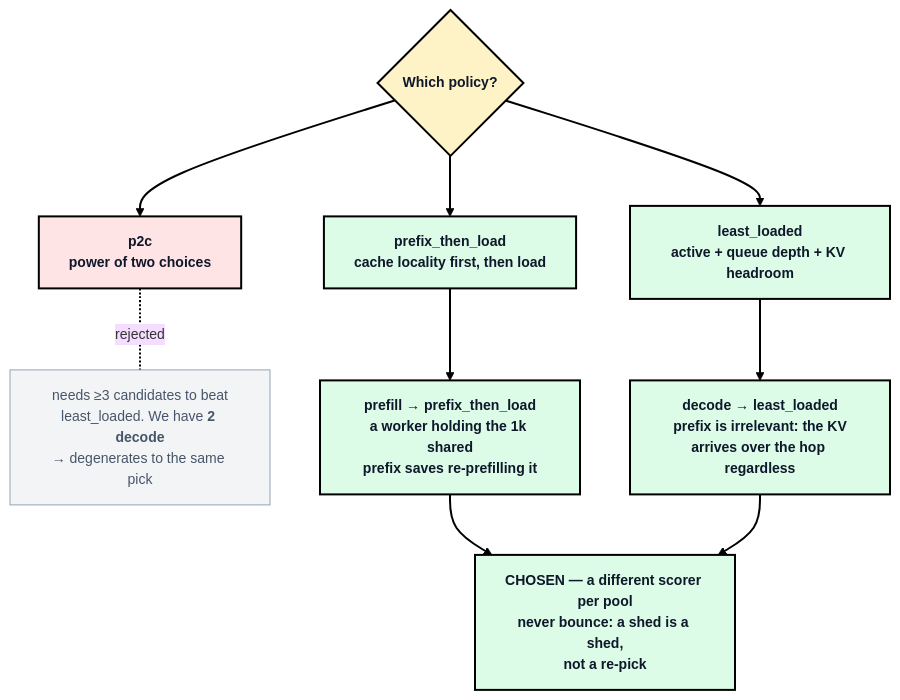
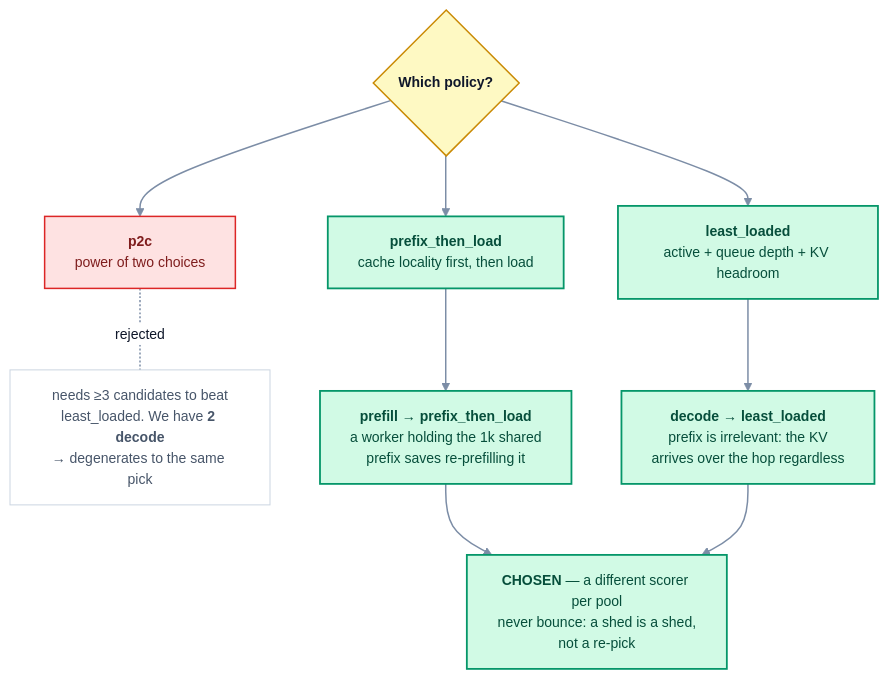
The sixth of 7 diagrams in SUBMISSION.md (harshuljain13/Dodona), drawn with Mermaid before and after one commit. The commit also changed other lines of this file and 15 other files, not shown here.

````diff
--- a/SUBMISSION.md
+++ b/SUBMISSION.md
@@ -605,31 +685,50 @@
 ```mermaid
-%%{init: {'theme':'base','themeVariables':{'fontFamily':'Inter, Segoe UI, Helvetica Neue, Arial, sans-serif','fontSize':'14px','lineColor':'#000000','clusterBkg':'#ffffff','clusterBorder':'#94a3b8'}}}%%
+%%{init: {'theme':'base','themeVariables':{
+  'fontFamily':'ui-sans-serif, -apple-system, Segoe UI, Inter, Helvetica, Arial, sans-serif','fontSize':'14px',
+  'primaryColor':'#eff6ff','primaryTextColor':'#0f172a','primaryBorderColor':'#94a3b8',
+  'secondaryColor':'#f1f5f9','tertiaryColor':'#f8fafc',
+  'lineColor':'#7c8da6','textColor':'#1e293b',
+  'clusterBkg':'#f8fafc','clusterBorder':'#cbd5e1',
+  'edgeLabelBackground':'#ffffff','nodeBorder':'#94a3b8'
+}}}%%
 flowchart TD
     S{"<b>Which policy?</b>"}
     LL["<b>least_loaded</b><br/>active + queue depth + KV headroom"]
     P2C["<b>p2c</b><br/>power of two choices"]
     PTL["<b>prefix_then_load</b><br/>cache locality first, then load"]
 
     P2CX["needs ≥3 candidates to beat<br/>least_loaded. We have <b>2 decode</b><br/>→ degenerates to the same pick"]
 
     PFP["<b>prefill → prefix_then_load</b><br/>a worker holding the 1k shared<br/>prefix saves re-prefilling it"]
     DCP["<b>decode → least_loaded</b><br/>prefix is irrelevant: the KV<br/>arrives over the hop regardless"]
 
     FIN["<b>CHOSEN</b> — a different scorer per pool<br/>never bounce: a shed is a shed,<br/>not a re-pick"]
 
     S --> LL & P2C & PTL
     P2C -.-|"rejected"| P2CX
     PTL ==> PFP
     LL ==> DCP
     PFP & DCP ==> FIN
 
     class LL,PTL,PFP,DCP,FIN pick
     class S gate
     class P2C dead
     class P2CX note
-    classDef pick fill:#dcfce7,stroke:#000000,stroke-width:2px,color:#0f172a,font-weight:bold
-    classDef gate fill:#fef3c7,stroke:#000000,stroke-width:2px,color:#0f172a,font-weight:bold
-    classDef dead fill:#ffe4e6,stroke:#000000,stroke-width:2px,color:#0f172a,font-weight:bold
-    classDef note fill:#f3f4f6,stroke:#94a3b8,stroke-width:1px,color:#475569
-    linkStyle default stroke:#000000,stroke-width:2px
+
+    classDef primary   fill:#dbeafe,stroke:#2563eb,stroke-width:1.5px,color:#0f172a
+    classDef secondary fill:#d1fae5,stroke:#059669,stroke-width:1.5px,color:#0f172a
+    classDef accent    fill:#ede9fe,stroke:#7c3aed,stroke-width:1.5px,color:#0f172a
+    classDef decision  fill:#fef9c3,stroke:#ca8a04,stroke-width:1.5px,color:#0f172a
+    classDef gate      fill:#fef9c3,stroke:#ca8a04,stroke-width:1.5px,color:#0f172a
+    classDef data      fill:#ffedd5,stroke:#ea580c,stroke-width:1.5px,color:#0f172a
+    classDef neutral   fill:#f1f5f9,stroke:#64748b,stroke-width:1.5px,color:#0f172a
+    classDef success   fill:#ccfbf1,stroke:#0d9488,stroke-width:1.5px,color:#0f172a
+    classDef out       fill:#ccfbf1,stroke:#0d9488,stroke-width:1.5px,color:#0f172a
+    classDef input     fill:#fce7f3,stroke:#db2777,stroke-width:1.5px,color:#0f172a
+    classDef highlight fill:#e0e7ff,stroke:#4f46e5,stroke-width:1.5px,color:#0f172a
+    classDef pick      fill:#d1fae5,stroke:#059669,stroke-width:1.8px,color:#064e3b
+    classDef alt       fill:#dbeafe,stroke:#2563eb,stroke-width:1.5px,color:#0f172a
+    classDef dead      fill:#fee2e2,stroke:#dc2626,stroke-width:1.5px,color:#7f1d1d
+    classDef note      fill:#ffffff,stroke:#cbd5e1,stroke-width:1px,color:#475569
+    linkStyle default stroke:#7c8da6,stroke-width:1.5px
 ```
````
